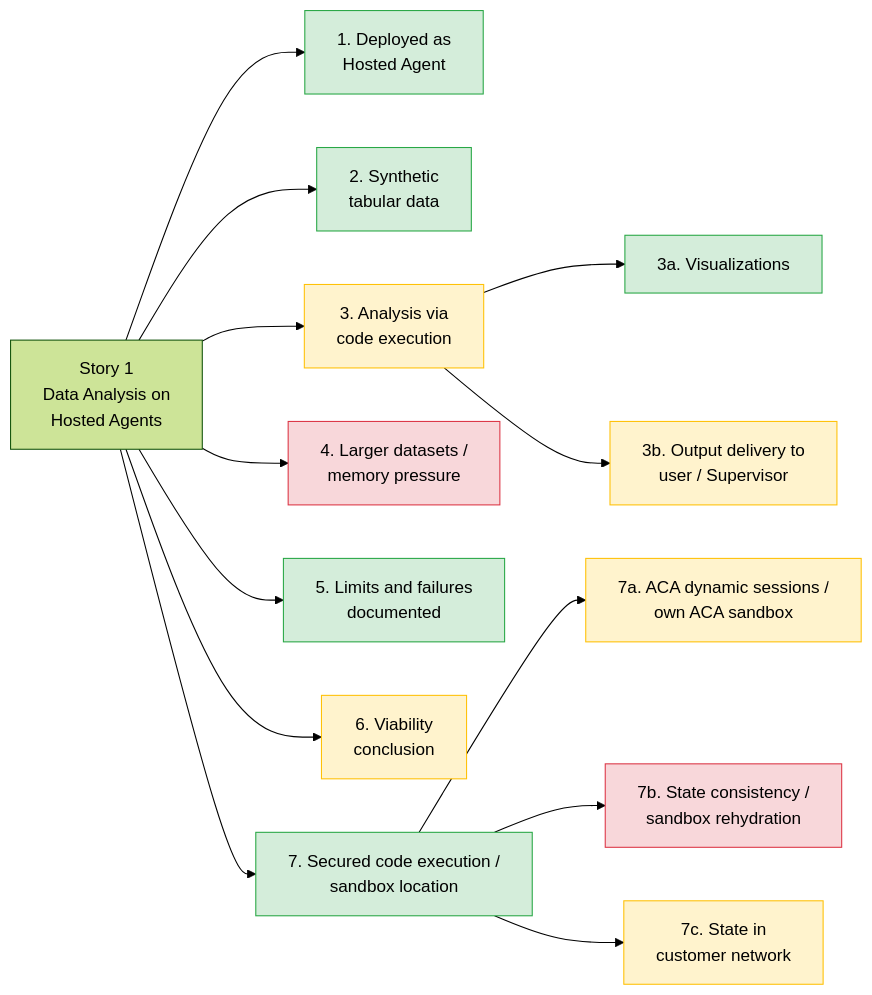
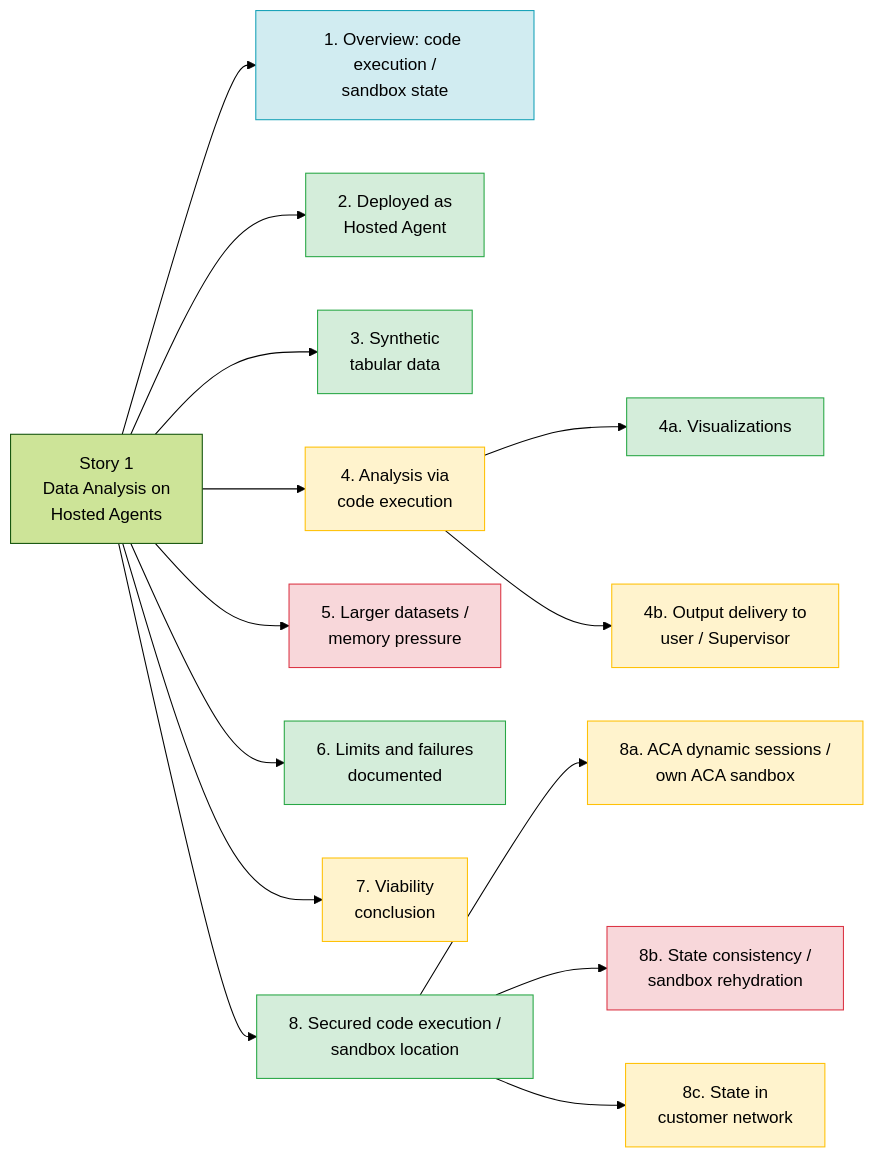
The diagram in docs/issue-1-validate-hosted-agent-memory-and-data-analysis-capacity.md (wxifaras/hosted-agents-poc), drawn with Mermaid (forest theme) before and after one commit. The commit also changed other lines of this file and 1 other file, not shown here.

````diff
--- a/docs/issue-1-validate-hosted-agent-memory-and-data-analysis-capacity.md
+++ b/docs/issue-1-validate-hosted-agent-memory-and-data-analysis-capacity.md
@@ -21,21 +132,23 @@
 ```mermaid
 flowchart LR
     S1["Story 1<br/>Data Analysis on<br/>Hosted Agents"]
 
-    S1 --> R1["1. Deployed as<br/>Hosted Agent"]:::ok
-    S1 --> R2["2. Synthetic<br/>tabular data"]:::ok
-    S1 --> R3["3. Analysis via<br/>code execution"]:::partial
-    R3 --> R3a["3a. Visualizations"]:::ok
-    R3 --> R3b["3b. Output delivery to<br/>user / Supervisor"]:::partial
-    S1 --> R4["4. Larger datasets /<br/>memory pressure"]:::gap
-    S1 --> R5["5. Limits and failures<br/>documented"]:::ok
-    S1 --> R6["6. Viability<br/>conclusion"]:::partial
-    S1 --> R7["7. Secured code execution /<br/>sandbox location"]:::ok
-    R7 --> R7a["7a. ACA dynamic sessions /<br/>own ACA sandbox"]:::partial
-    R7 --> R7b["7b. State consistency /<br/>sandbox rehydration"]:::gap
-    R7 --> R7c["7c. State in<br/>customer network"]:::partial
+    S1 --> R1["1. Overview: code execution /<br/>sandbox state"]:::info
+    S1 --> R2["2. Deployed as<br/>Hosted Agent"]:::ok
+    S1 --> R3["3. Synthetic<br/>tabular data"]:::ok
+    S1 --> R4["4. Analysis via<br/>code execution"]:::partial
+    R4 --> R4a["4a. Visualizations"]:::ok
+    R4 --> R4b["4b. Output delivery to<br/>user / Supervisor"]:::partial
+    S1 --> R5["5. Larger datasets /<br/>memory pressure"]:::gap
+    S1 --> R6["6. Limits and failures<br/>documented"]:::ok
+    S1 --> R7["7. Viability<br/>conclusion"]:::partial
+    S1 --> R8["8. Secured code execution /<br/>sandbox location"]:::ok
+    R8 --> R8a["8a. ACA dynamic sessions /<br/>own ACA sandbox"]:::partial
+    R8 --> R8b["8b. State consistency /<br/>sandbox rehydration"]:::gap
+    R8 --> R8c["8c. State in<br/>customer network"]:::partial
 
+    classDef info fill:#d1ecf1,stroke:#17a2b8,color:#000
     classDef ok fill:#d4edda,stroke:#28a745,color:#000
     classDef partial fill:#fff3cd,stroke:#ffc107,color:#000
     classDef gap fill:#f8d7da,stroke:#dc3545,color:#000
 ```
````
